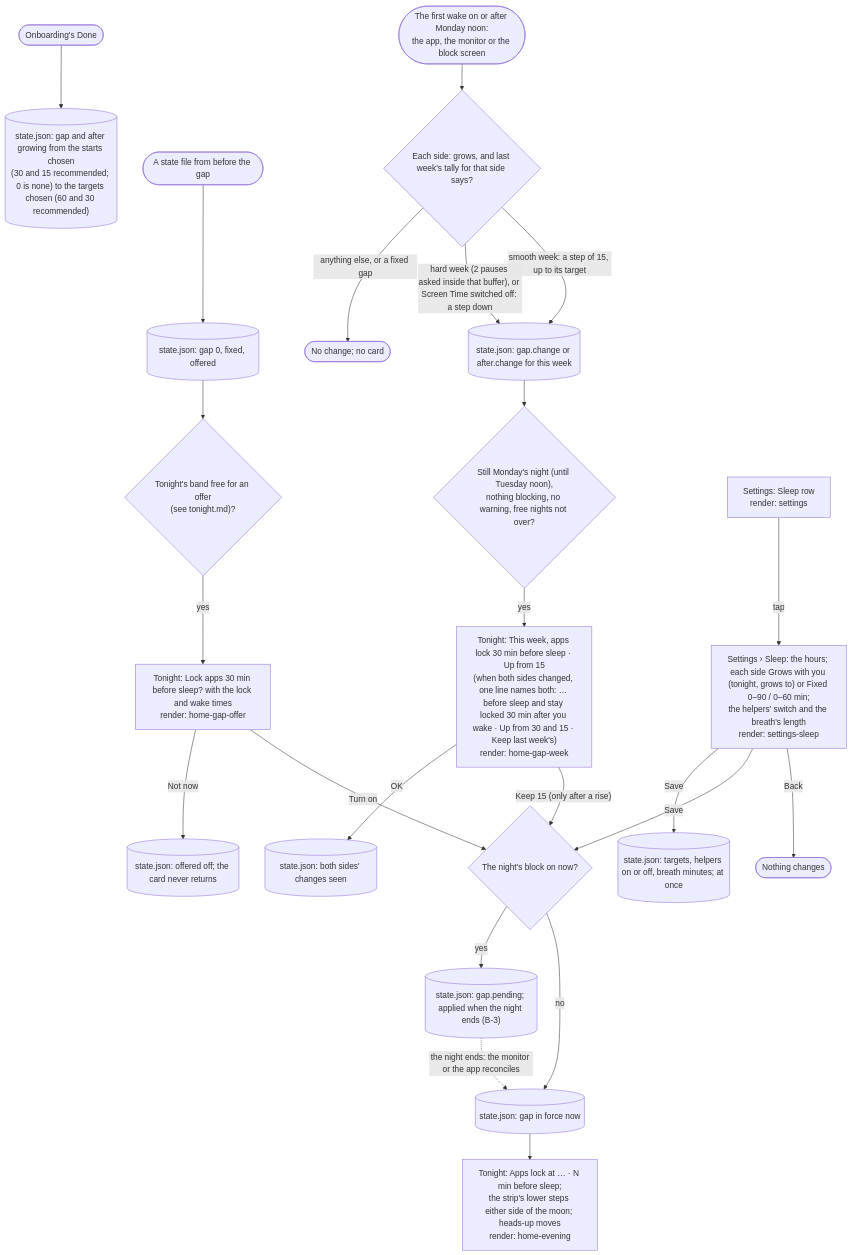
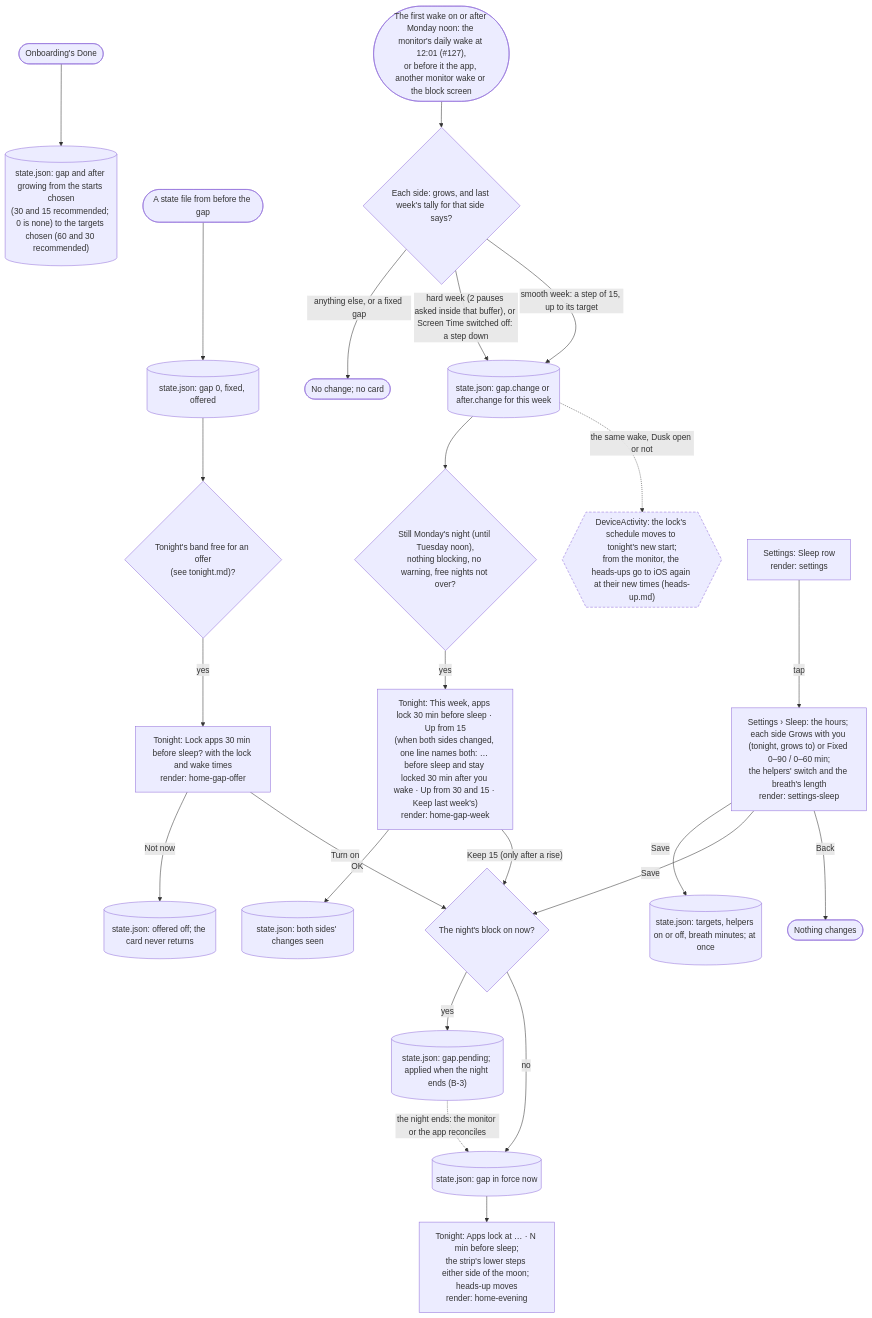
Before and after one commit to adit-rah/toll: the first of 2 diagrams in docs/flows/before-bed.md, drawn with Mermaid. The commit also changed other lines of this file and 25 other files, not shown here.

First line of the commit message:
Monday's buffer change applies with Dusk closed (#127, #52)

````diff
--- a/docs/flows/before-bed.md
+++ b/docs/flows/before-bed.md
@@ -11,30 +11,34 @@
 ```mermaid
 flowchart TD
   newInstall(["Onboarding's Done"]) --> grows15[("state.json: gap and after growing from the starts chosen<br/>(30 and 15 recommended; 0 is none) to the targets chosen (60 and 30 recommended)")]
   olderInstall(["A state file from before the gap"]) --> existing[("state.json: gap 0, fixed, offered")]
   existing --> offerCheck{"Tonight's band free for an offer<br/>(see tonight.md)?"}
   offerCheck -->|"yes"| offerCard["Tonight: Lock apps 30 min before sleep? with the lock and wake times<br/>render: home-gap-offer"]
   offerCard -->|"Turn on"| setGap
   offerCard -->|"Not now"| offerGone[("state.json: offered off; the card never returns")]
 
-  monday(["The first wake on or after Monday noon:<br/>the app, the monitor or the block screen"]) --> judge{"Each side: grows, and last week's tally for that side says?"}
+  monday(["The first wake on or after Monday noon: the monitor's daily wake at 12:01 (#127),<br/>or before it the app, another monitor wake or the block screen"]) --> judge{"Each side: grows, and last week's tally for that side says?"}
   judge -->|"smooth week: a step of 15, up to its target"| changed[("state.json: gap.change or after.change for this week")]
   judge -->|"hard week (2 pauses asked inside that buffer), or Screen Time switched off: a step down"| changed
   judge -->|"anything else, or a fixed gap"| hold(["No change; no card"])
+  changed -.->|"the same wake, Dusk open or not"| moved{{"DeviceActivity: the lock's schedule moves to tonight's new start;<br/>from the monitor, the heads-ups go to iOS again at their new times (heads-up.md)"}}
   changed --> weekCard{"Still Monday's night (until Tuesday noon),<br/>nothing blocking, no warning, free nights not over?"}
   weekCard -->|"yes"| gapWeek["Tonight: This week, apps lock 30 min before sleep · Up from 15<br/>(when both sides changed, one line names both: … before sleep and stay locked 30 min after you wake · Up from 30 and 15 · Keep last week's)<br/>render: home-gap-week"]
   gapWeek -->|"Keep 15 (only after a rise)"| setGap
   gapWeek -->|"OK"| seen[("state.json: both sides' changes seen")]
 
   settings["Settings: Sleep row<br/>render: settings"]
   settings -->|"tap"| sheet["Settings › Sleep: the hours; each side Grows with you (tonight, grows to) or Fixed 0–90 / 0–60 min;<br/>the helpers' switch and the breath's length<br/>render: settings-sleep"]
   sheet -->|"Back"| unchanged(["Nothing changes"])
   sheet -->|"Save"| setGap
   sheet -->|"Save"| helpersNow[("state.json: targets, helpers on or off, breath minutes; at once")]
 
   setGap{"The night's block on now?"}
   setGap -->|"no"| applyNow[("state.json: gap in force now")]
   setGap -->|"yes"| held[("state.json: gap.pending; applied when the night ends (B-3)")]
   applyNow --> lockMoves["Tonight: Apps lock at … · N min before sleep;<br/>the strip's lower steps either side of the moon; heads-up moves<br/>render: home-evening"]
   held -.->|"the night ends: the monitor or the app reconciles"| applyNow
+
+  classDef system stroke-dasharray: 5 3
+  class moved system
 ```
````
